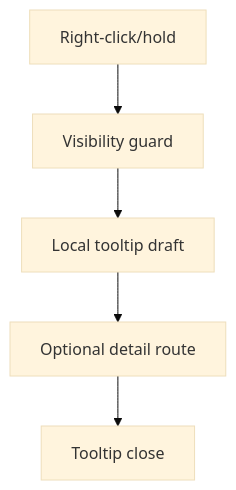
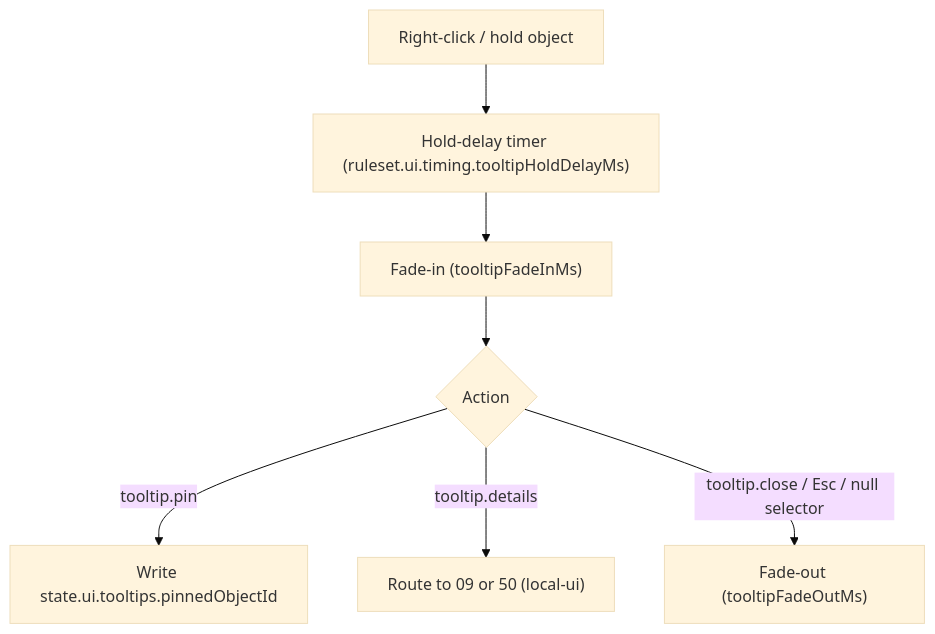
One commit to SunaNoOshiro/Heroes_Reforged_AI_Realms changed the third of 5 diagrams in docs/architecture/wiki/screens/18-map-object-tooltip/architecture.md. Above: the diagram before and after it, drawn with Mermaid (base theme). The commit also changed other lines of this file and 518 other files, not shown here.

First line of the commit message:
Add doc-audit skill and sweep architecture/screen docs

````diff
--- a/docs/architecture/wiki/screens/18-map-object-tooltip/architecture.md
+++ b/docs/architecture/wiki/screens/18-map-object-tooltip/architecture.md
@@ -42,8 +40,9 @@
 ```mermaid
 flowchart TD
-  I0["Right-click/hold"] --> I1
-  I1["Visibility guard"] --> I2
-  I2["Local tooltip draft"] --> I3
-  I3["Optional detail route"] --> I4
-  I4["Tooltip close"]
+  I0["Right-click / hold object"] --> I1["Hold-delay timer (ruleset.ui.timing.tooltipHoldDelayMs)"]
+  I1 --> I2["Fade-in (tooltipFadeInMs)"]
+  I2 --> I3{"Action"}
+  I3 -->|"tooltip.pin"| I4["Write state.ui.tooltips.pinnedObjectId"]
+  I3 -->|"tooltip.details"| I5["Route to 09 or 50 (local-ui)"]
+  I3 -->|"tooltip.close / Esc / null selector"| I6["Fade-out (tooltipFadeOutMs)"]
 ```
````
